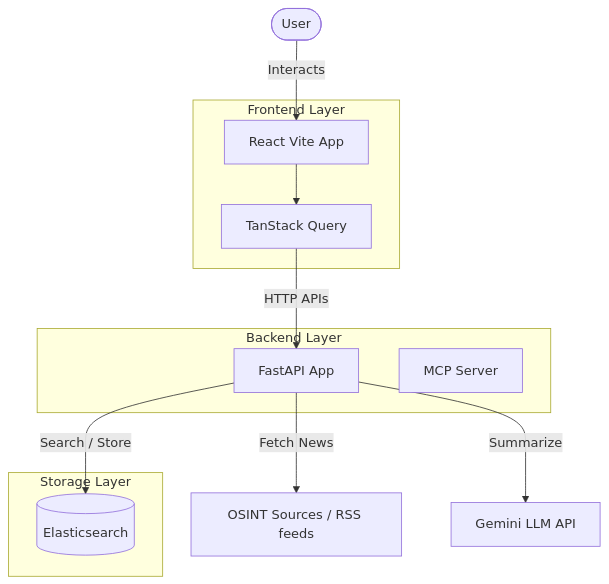
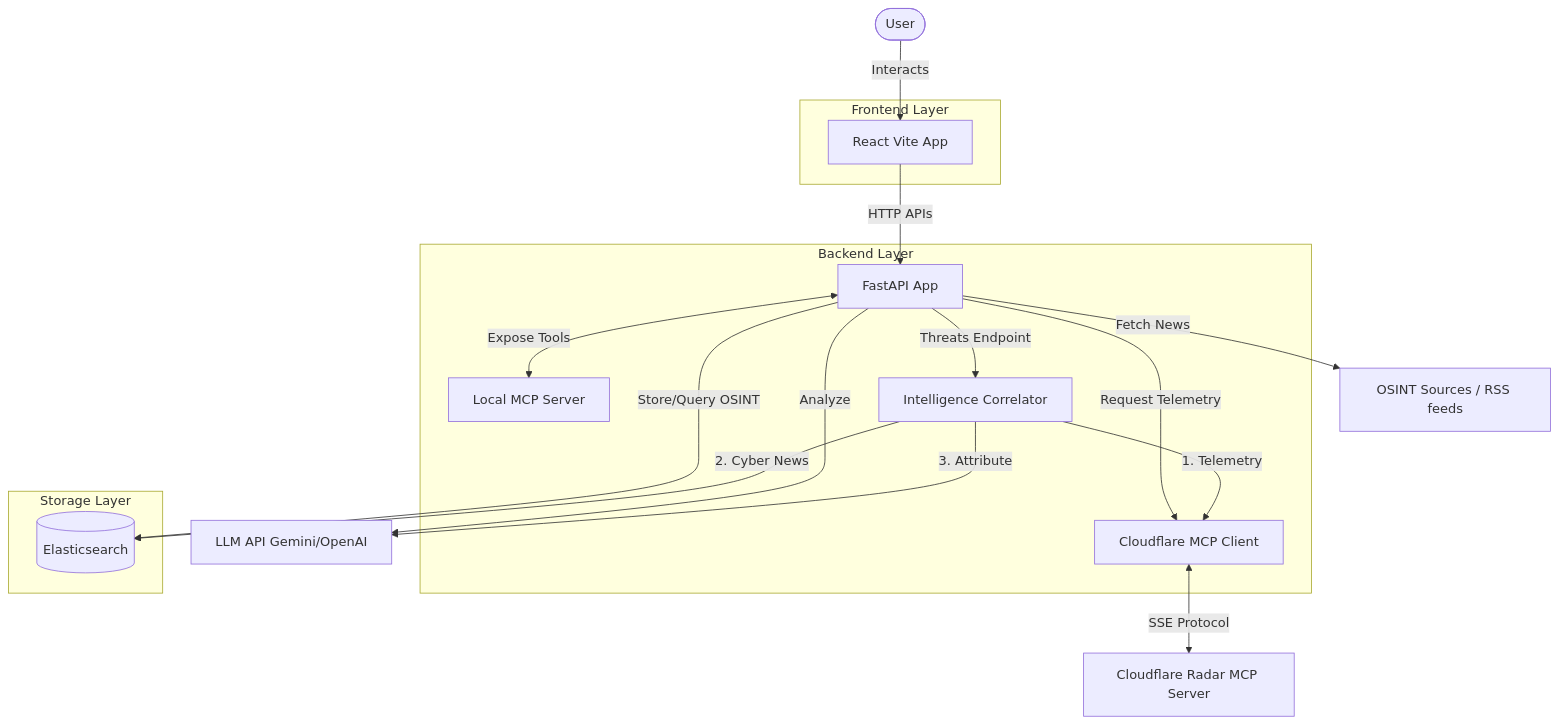
Before and after one commit to jcalbo/GeoIntel-360: the diagram in README.md, drawn with Mermaid. The commit also changed other lines of this file, not shown here.

Commit message:
docs: update README with Cloudflare MCP architecture and data sources

````diff
--- a/README.md
+++ b/README.md
@@ -15,24 +15,33 @@
 ```mermaid
 graph TD
     User([User]) -->|Interacts| Frontend
     subgraph Client [Frontend Layer]
         Frontend[React Vite App]
-        Query[TanStack Query]
     end
     
-    Frontend --> Query
-    Query -->|HTTP APIs| Backend
+    Frontend -->|HTTP APIs| Backend
     
     subgraph Server [Backend Layer]
         Backend[FastAPI App]
-        MCPServer[MCP Server]
+        MCPServer[Local MCP Server]
+        MCPClient[Cloudflare MCP Client]
+        ThreatIntel[Intelligence Correlator]
     end
     
-    Backend -->|Search / Store| ES[(Elasticsearch)]
+    Backend -->|Store/Query OSINT| ES[(Elasticsearch)]
     Backend -->|Fetch News| ExtSources[OSINT Sources / RSS feeds]
-    Backend -->|Summarize| Gemini[Gemini LLM API]
+    Backend -->|Analyze| LLM[LLM API Gemini/OpenAI]
+    
+    Backend <-->|Expose Tools| MCPServer
+    Backend -->|Request Telemetry| MCPClient
+    MCPClient <-->|SSE Protocol| CloudflareRadar[Cloudflare Radar MCP Server]
+    
+    ThreatIntel -->|1. Telemetry| MCPClient
+    ThreatIntel -->|2. Cyber News| ES
+    ThreatIntel -->|3. Attribute| LLM
+    Backend -->|Threats Endpoint| ThreatIntel
     
     subgraph Data [Storage Layer]
         ES
     end
 ```
````
